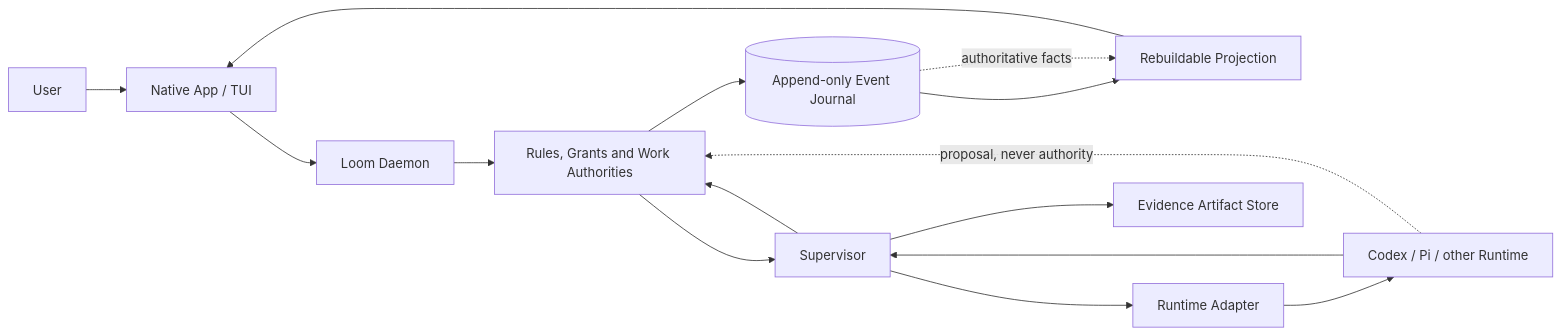
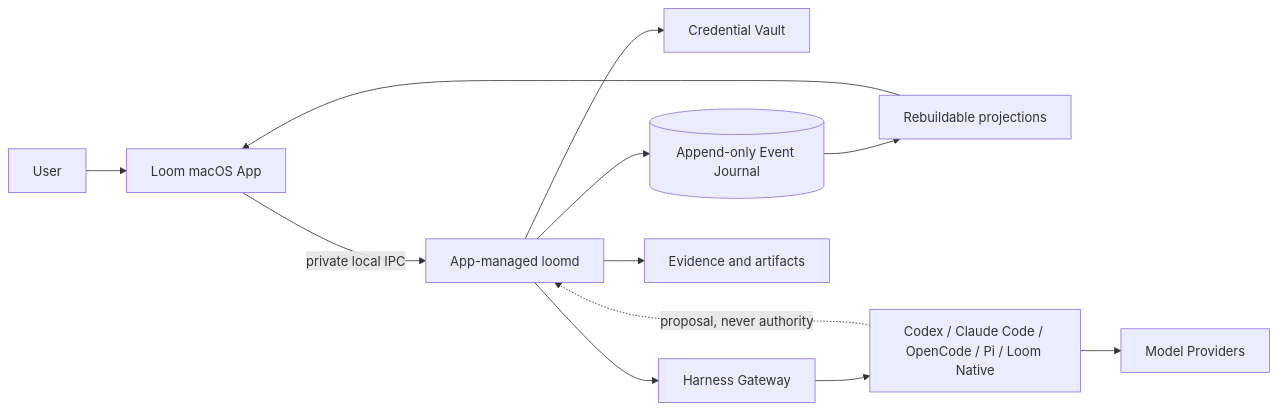
Before and after one commit to tttboy123/loom: the diagram in README.md, drawn with Mermaid. The commit also changed other lines of this file and 5 other files, not shown here.

Commit message:
docs(release): align Loom v0.5.3 rc1 product model

````diff
--- a/README.md
+++ b/README.md
@@ -156,21 +265,17 @@
 ```mermaid
 flowchart LR
-    U["User"] --> C["Native App / TUI"]
-    C --> D["Loom Daemon"]
+    U["User"] --> A["Loom macOS App"]
+    A -->|"private local IPC"| D["App-managed loomd"]
 
-    D --> A["Rules, Grants and Work Authorities"]
-    A --> J[("Append-only Event Journal")]
-    J --> P["Rebuildable Projection"]
-    P --> C
+    D --> V["Credential Vault"]
+    D --> J[("Append-only Event Journal")]
+    J --> P["Rebuildable projections"]
+    P --> A
 
-    A --> S["Supervisor"]
-    S --> R["Runtime Adapter"]
-    R --> X["Codex / Pi / other Runtime"]
+    D --> G["Harness Gateway"]
+    G --> H["Codex / Claude Code / OpenCode / Pi / Loom Native"]
+    H --> M["Model Providers"]
 
-    X --> S
-    S --> E["Evidence Artifact Store"]
-    S --> A
-
-    J -. "authoritative facts" .-> P
-    X -. "proposal, never authority" .-> A
+    D --> E["Evidence and artifacts"]
+    H -. "proposal, never authority" .-> D
 ```
````
